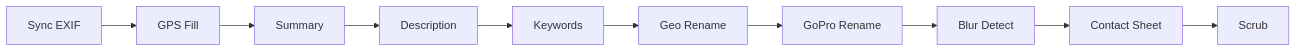
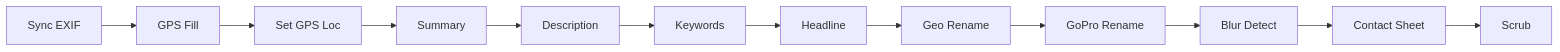
Before and after one commit to igoros777/photoshell: the diagram in docs/web_ui_help.md, drawn with Mermaid. The commit also changed other lines of this file and 3 other files, not shown here.

First line of the commit message:
docs: add gps_set_location.md, link from UI, update web_ui_help.md

````diff
--- a/docs/web_ui_help.md
+++ b/docs/web_ui_help.md
@@ -26,12 +26,14 @@
 ```mermaid
 flowchart LR
     A[Sync EXIF] --> B[GPS Fill]
-    B --> C[Summary]
+    B --> B2[Set GPS Loc]
+    B2 --> C[Summary]
     C --> D[Description]
     D --> E[Keywords]
-    E --> F[Geo Rename]
+    E --> E2[Headline]
+    E2 --> F[Geo Rename]
     F --> G[GoPro Rename]
     G --> H[Blur Detect]
     H --> I[Contact Sheet]
     I --> J[Scrub]
 ```
````
